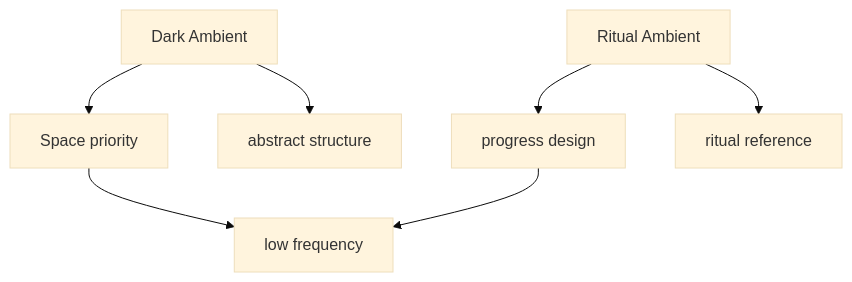
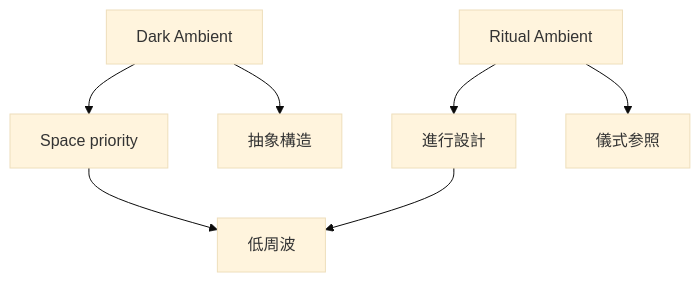
One commit to monumental-movement/monumental-movement.github.io changed the diagram in en/_posts/2025-12-16-column-dark-ambient-ritual-ambient.md. Above: the diagram before and after it, drawn with Mermaid (base theme). The commit also changed other lines of this file and 2196 other files, not shown here.

```diff
--- a/en/_posts/2025-12-16-column-dark-ambient-ritual-ambient.md
+++ b/en/_posts/2025-12-16-column-dark-ambient-ritual-ambient.md
@@ -149,9 +149,9 @@
 <div class="mermaid">
 graph TD
 A[Dark Ambient] --> B[Space priority]
-A --> C[abstract structure]
-D[Ritual Ambient] --> E[progress design]
-D --> F[ritual reference]
-B --> G[low frequency]
+A --> C[抽象構造]
+D[Ritual Ambient] --> E[進行設計]
+D --> F[儀式参照]
+B --> G[低周波]
 E --> G
 </div>
```
